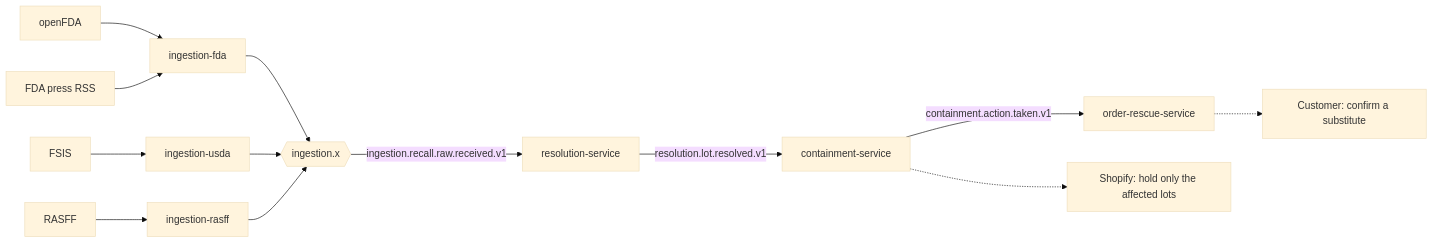
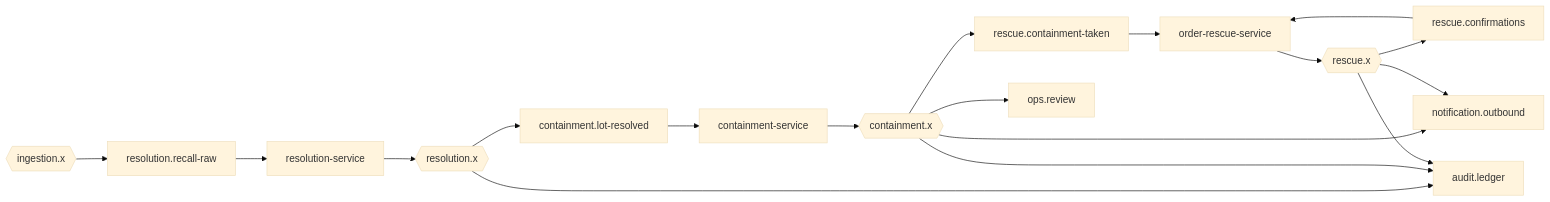
The fourth of 4 diagrams in README.md (Rishi0507/Soteria), drawn with Mermaid (base theme) before and after one commit. The commit also changed other lines of this file and 6 other files, not shown here.

````diff
--- a/README.md
+++ b/README.md
@@ -62,15 +237,13 @@
 ```mermaid
 flowchart LR
-    openfda["openFDA"] --> fda["ingestion-fda"]
-    rss["FDA press RSS"] --> fda
-    fsis["FSIS"] --> usda["ingestion-usda"]
-    rasff["RASFF"] --> eu["ingestion-rasff"]
-    fda --> ingx{{"ingestion.x"}}
-    usda --> ingx
-    eu --> ingx
-    ingx -- "ingestion.recall.raw.received.v1" --> res["resolution-service"]
-    res -- "resolution.lot.resolved.v1" --> con["containment-service"]
-    con -- "containment.action.taken.v1" --> resc["order-rescue-service"]
-    con -.-> shop["Shopify: hold only the affected lots"]
-    resc -.-> cust["Customer: confirm a substitute"]
+    ingx{{"ingestion.x"}} --> q1["resolution.recall-raw"] --> res["resolution-service"]
+    res --> resx{{"resolution.x"}} --> q2["containment.lot-resolved"] --> con["containment-service"]
+    con --> conx{{"containment.x"}} --> q3["rescue.containment-taken"] --> resc["order-rescue-service"]
+    resc --> rx{{"rescue.x"}} --> q4["rescue.confirmations"] --> resc
+    resx --> q5["audit.ledger"]
+    conx --> q5
+    rx --> q5
+    conx --> q6["notification.outbound"]
+    rx --> q6
+    conx --> q7["ops.review"]
 ```
````
